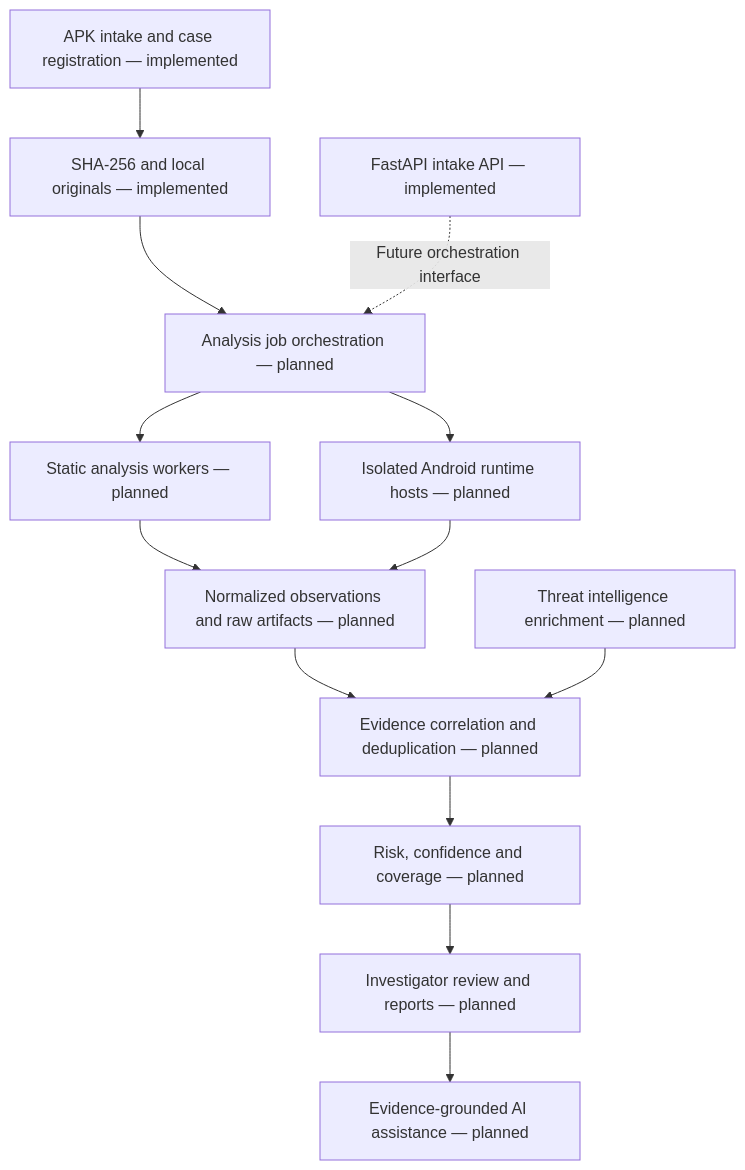
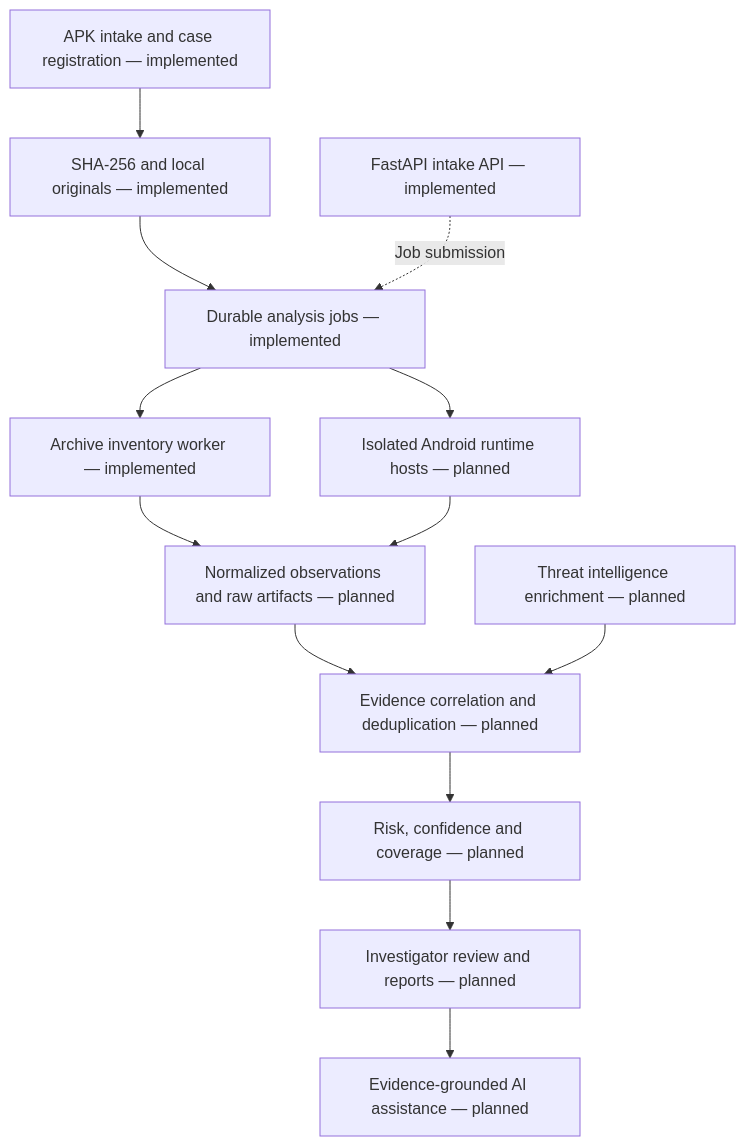
One commit to SauravRoy50080/GoDeEp-PS-2 changed the diagram in README.md. Above: the diagram before and after it, drawn with Mermaid. The commit also changed other lines of this file and 19 other files, not shown here.

Commit message:
feat(analysis): add durable jobs and bounded archive inventory worker

````diff
--- a/README.md
+++ b/README.md
@@ -91,15 +93,15 @@
 ```mermaid
 flowchart TD
     A["APK intake and case registration — implemented"] --> B["SHA-256 and local originals — implemented"]
-    B --> C["Analysis job orchestration — planned"]
-    C --> D["Static analysis workers — planned"]
+    B --> C["Durable analysis jobs — implemented"]
+    C --> D["Archive inventory worker — implemented"]
     C --> E["Isolated Android runtime hosts — planned"]
     D --> F["Normalized observations and raw artifacts — planned"]
     E --> F
     F --> G["Evidence correlation and deduplication — planned"]
     H["Threat intelligence enrichment — planned"] --> G
     G --> I["Risk, confidence and coverage — planned"]
     I --> J["Investigator review and reports — planned"]
     J --> K["Evidence-grounded AI assistance — planned"]
-    L["FastAPI intake API — implemented"] -. "Future orchestration interface" .-> C
+    L["FastAPI intake API — implemented"] -. "Job submission" .-> C
 ```
````
